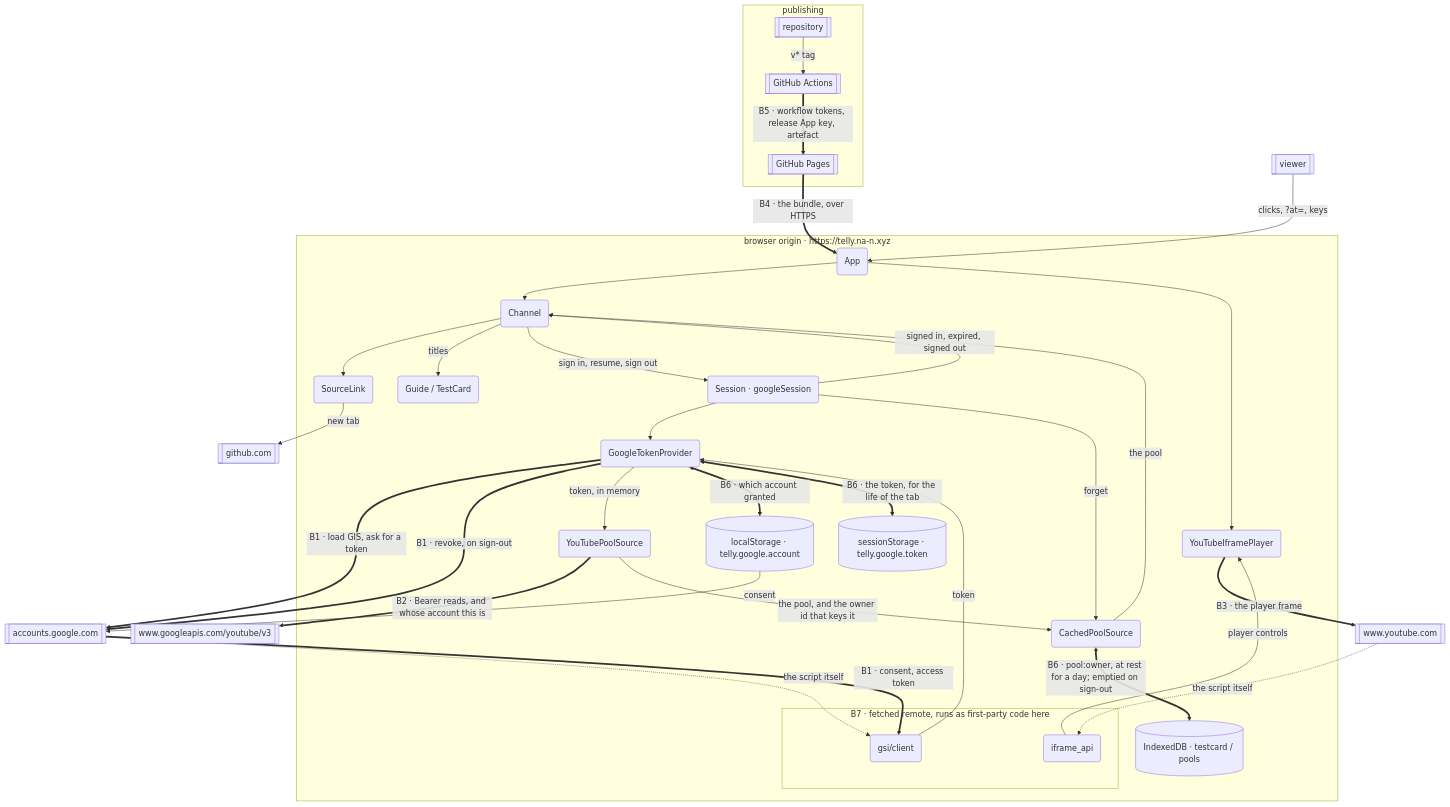
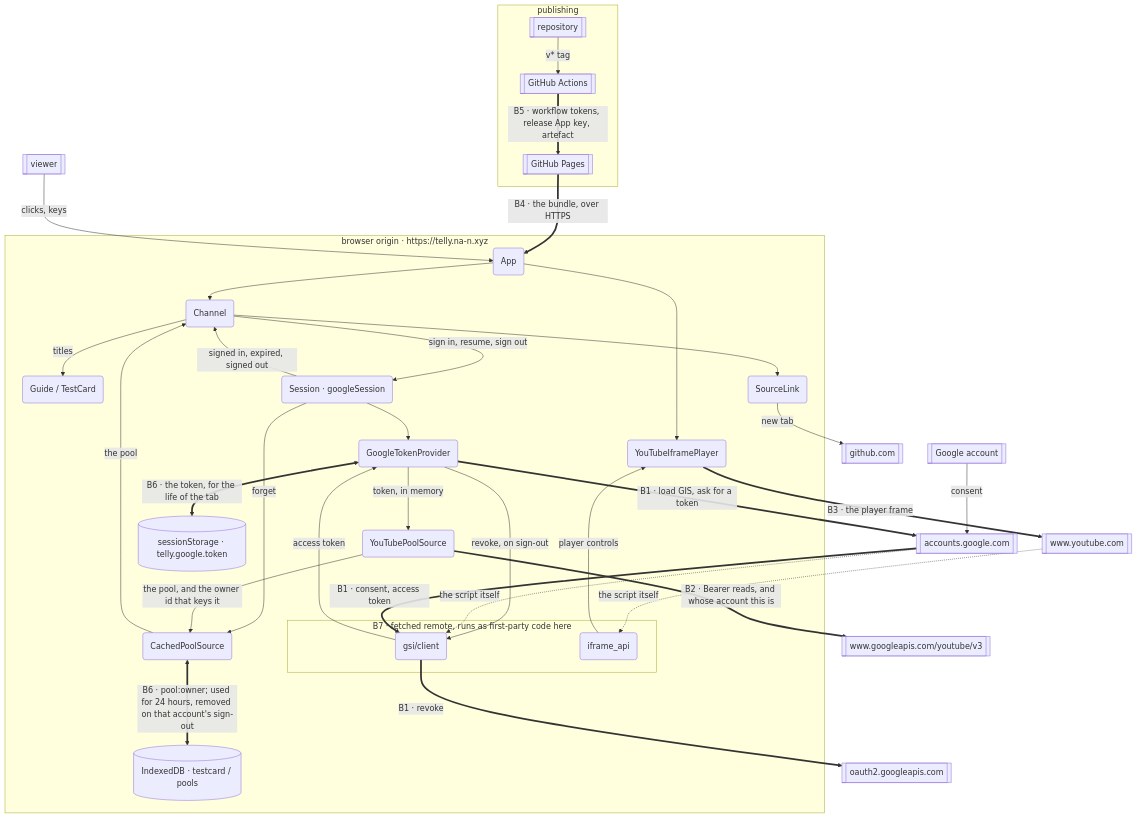
Before and after one commit to coolhandle01/telly: the diagram in docs/architecture/threat-model.md, drawn with Mermaid. The commit also changed other lines of this file and 86 other files, not shown here.

````diff
--- a/docs/architecture/threat-model.md
+++ b/docs/architecture/threat-model.md
@@ -21,69 +22,69 @@
 ```mermaid
 flowchart TB
   viewer[["viewer"]]
   account[["Google account"]]
 
   subgraph build["publishing"]
     repo[["repository"]] -->|"v* tag"| actions[["GitHub Actions"]]
     actions ==>|"B5 · workflow tokens, release App key, artefact"| pages[["GitHub Pages"]]
   end
 
   subgraph origin["browser origin · https://telly.na-n.xyz"]
     app("App")
     channel("Channel")
     guide("Guide / TestCard")
     sourcelink("SourceLink")
     session("Session · googleSession")
     provider("GoogleTokenProvider")
     ytpool("YouTubePoolSource")
     cached("CachedPoolSource")
     idb[("IndexedDB · testcard / pools")]
-    account[("localStorage · telly.google.account")]
     token[("sessionStorage · telly.google.token")]
     player("YouTubeIframePlayer")
 
     subgraph scripts["B7 · fetched remote, runs as first-party code here"]
       gsi("gsi/client")
       ytapi("iframe_api")
     end
   end
 
   accounts[["accounts.google.com"]]
+  oauth2[["oauth2.googleapis.com"]]
   api[["www.googleapis.com/youtube/v3"]]
   youtube[["www.youtube.com"]]
   github[["github.com"]]
 
   pages ==>|"B4 · the bundle, over HTTPS"| app
-  viewer -->|"clicks, ?at=, keys"| app
+  viewer -->|"clicks, keys"| app
   account -->|"consent"| accounts
 
   app --> channel
   app --> player
   channel --> sourcelink
   channel -->|"titles"| guide
   cached -->|"the pool"| channel
 
   channel -->|"sign in, resume, sign out"| session
   session -->|"signed in, expired, signed out"| channel
   session --> provider
   session -->|"forget"| cached
 
   provider ==>|"B1 · load GIS, ask for a token"| accounts
-  provider ==>|"B1 · revoke, on sign-out"| accounts
+  provider -->|"revoke, on sign-out"| gsi
+  gsi ==>|"B1 · revoke"| oauth2
   accounts -.->|"the script itself"| gsi
   accounts ==>|"B1 · consent, access token"| gsi
-  gsi -->|"token"| provider
+  gsi -->|"access token"| provider
   provider -->|"token, in memory"| ytpool
-  provider <==>|"B6 · which account granted"| account
   provider <==>|"B6 · the token, for the life of the tab"| token
 
   ytpool ==>|"B2 · Bearer reads, and whose account this is"| api
   ytpool -->|"the pool, and the owner id that keys it"| cached
-  cached <==>|"B6 · pool:owner, at rest for a day; emptied on sign-out"| idb
+  cached <==>|"B6 · pool:owner; used for 24 hours, removed on that account's sign-out"| idb
 
   player ==>|"B3 · the player frame"| youtube
   youtube -.->|"the script itself"| ytapi
   ytapi -->|"player controls"| player
 
   sourcelink -->|"new tab"| github
 ```
````
